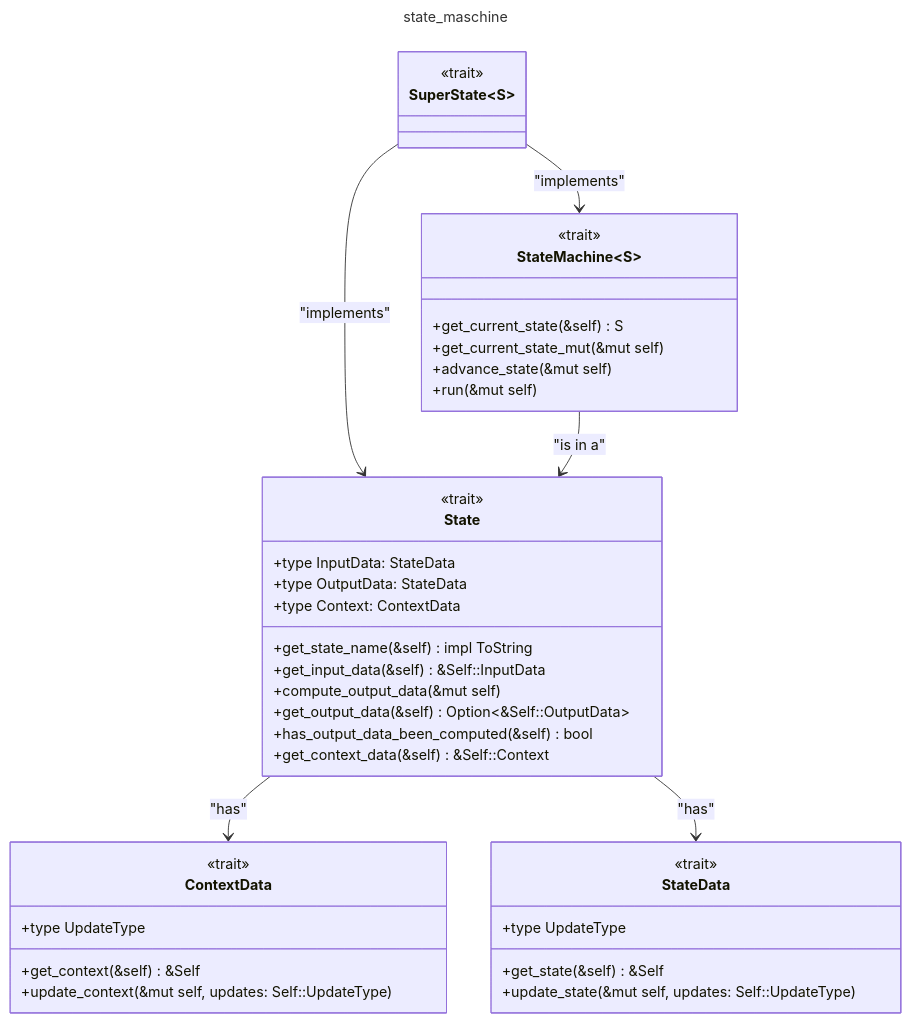
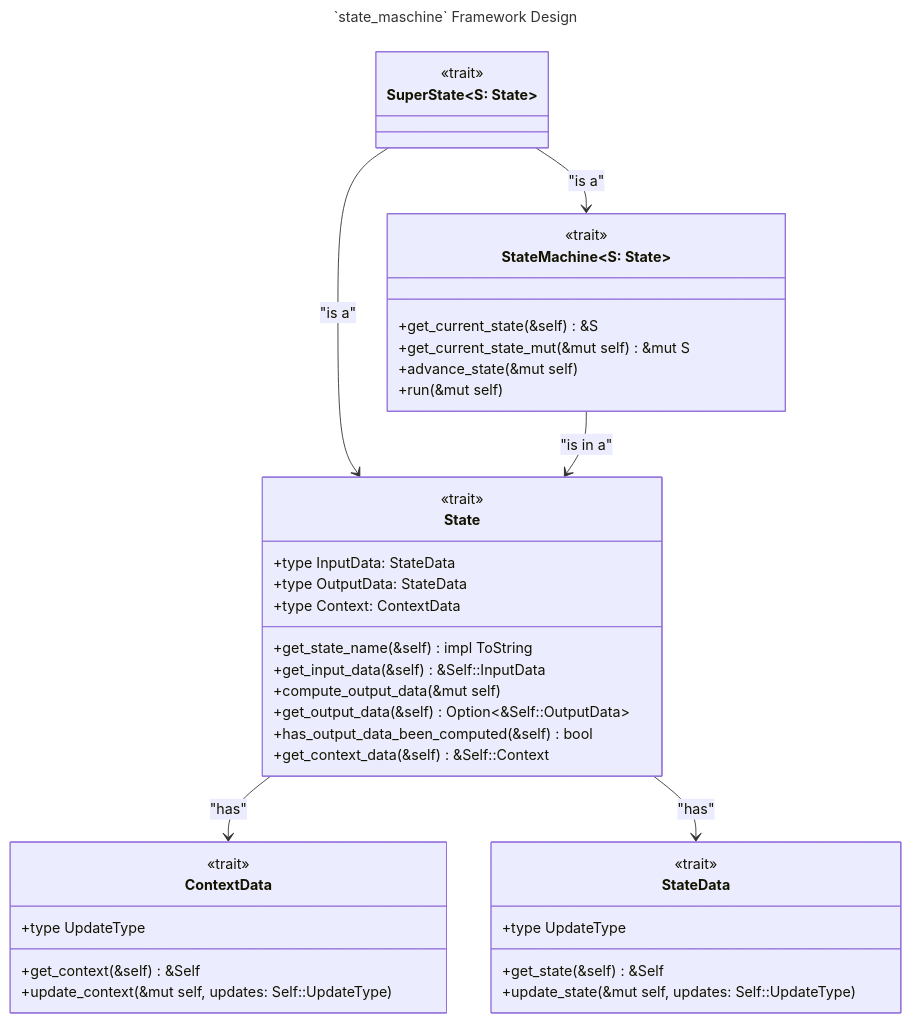
The diagram in state_machine/design/uml_class_diagram/state_machine_framework_design.md (ironcapitaleu/arkad), drawn with Mermaid before and after one commit.

Commit message:
refactor: title, and comments

````diff
--- a/state_machine/design/uml_class_diagram/state_machine_framework_design.md
+++ b/state_machine/design/uml_class_diagram/state_machine_framework_design.md
@@ -1,76 +1,79 @@
 ```mermaid
 ---
-title: state_maschine
+title: "`state_maschine` Framework Design"
 ---
 classDiagram
-    class StateMachine~S~{
+    class StateMachine~S: State~{
         <<trait>>
         %% This is a trait that represents a `StateMachine`.
 
         %% These are the trait methods that must be implemented by any `StateMachine`.
-        +get_current_state(&self) S
-        +get_current_state_mut(&mut self)
+        +get_current_state(&self) &S
+        +get_current_state_mut(&mut self) &mut S
         +advance_state(&mut self)
         +run(&mut self)
     }
 
     class State {
         <<trait>>
         %% This is a trait that represents a `State` in the `StateMachine`.
 
         %% These are the associated types that represent the data associated with a `State`inside a `StateMachine' represents the data associated with a `State`.
         +type InputData: StateData
         +type OutputData: StateData
         +type Context: ContextData
 
         %% These are the trait methods that must be implemented by any `State` in the `StateMachine`.
         +get_state_name(&self) impl ToString
         +get_input_data(&self) &Self::InputData
         +compute_output_data(&mut self)
         +get_output_data(&self) Option<&Self::OutputData>
         +has_output_data_been_computed(&self) bool
         +get_context_data(&self) &Self::Context
     }
 
 
-    class SuperState~S~ {
+    class SuperState~S: State~ {
         <<trait>>
         %% This is a trait that represents a `SuperState` in a hierarchical state machine.
         %% A `SuperState` must implement both `State` and `StateMachine<S>` traits.
 
         %% Associated types and methods are inherited from `State` and `StateMachine<S>`.
     }
 
     class ContextData {
         <<trait>>
         %% This is a trait that defines the behavior and characteristics of context data that is available to a `State` in a `StateMachine`.
 
         %% Associated type for updates to the context data.
         +type UpdateType
 
         %% Methods defined by the `ContextData` trait.
         +get_context(&self) &Self
         +update_context(&mut self, updates: Self::UpdateType)
     }    
 
     class StateData {
         <<trait>>
         %% This is a trait that defines the behavior and characteristics of internal state data of a `State` in a `StateMachine`.
 
         %% Associated type for updates to the internal state data.
         +type UpdateType
 
         %% Methods defined by the `StateData` trait.
         +get_state(&self) &Self
         +update_state(&mut self, updates: Self::UpdateType)
     }
 
     %% Relationships
-    SuperState --> StateMachine : "implements"
-    SuperState --> State : "implements"
-    
+    %% `SuperState`is a `State` that is also a `StateMachine`
+    SuperState --> StateMachine : "is a"
+    SuperState --> State : "is a"
+
+    %% A `StateMachine`is always in a specific `State`
     StateMachine --> State : "is in a"
 
+    %% A `State` stores internal `StateData`and has access to `ContextData`
     State --> ContextData : "has"
     State --> StateData : "has"
 ```
````
